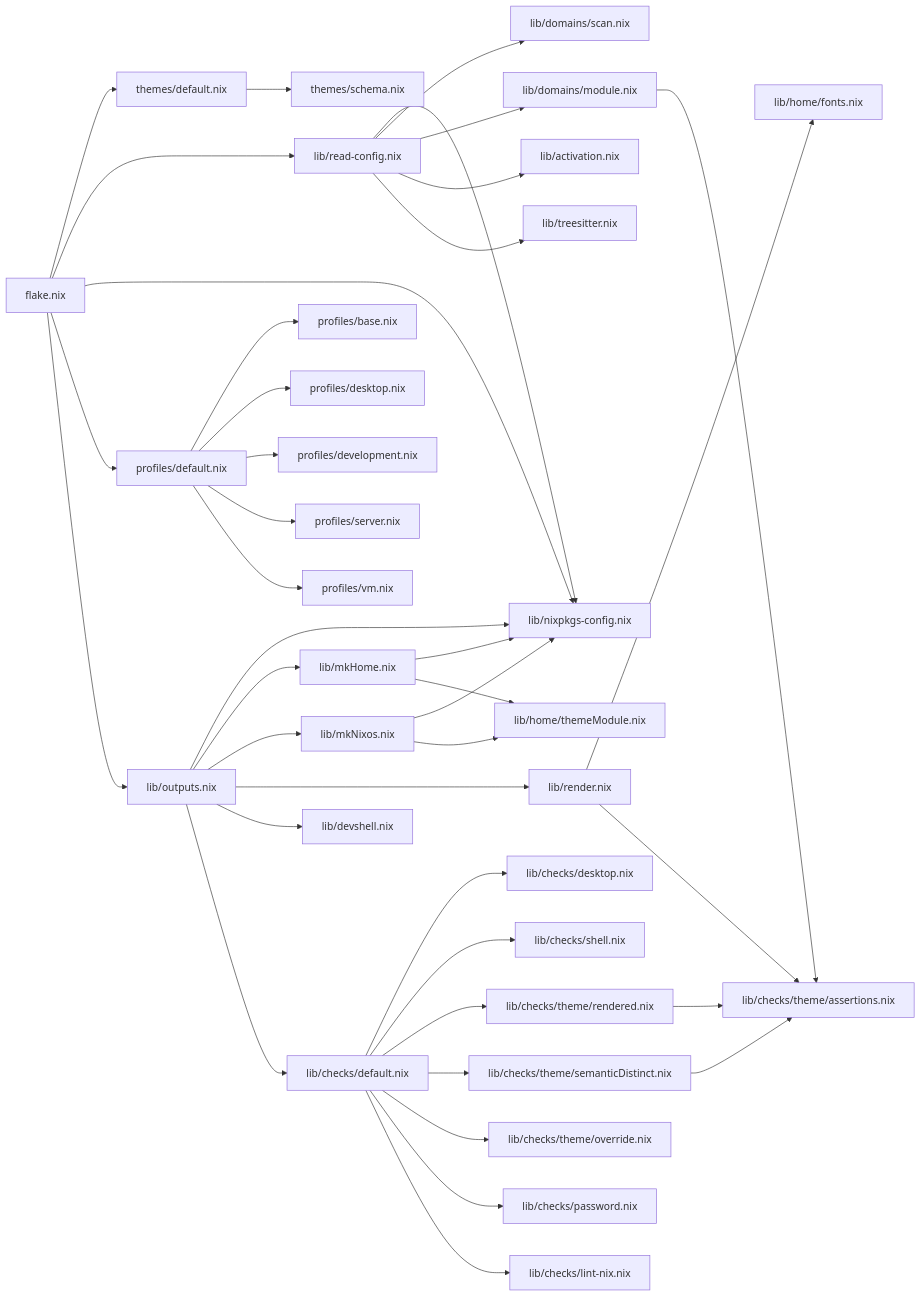
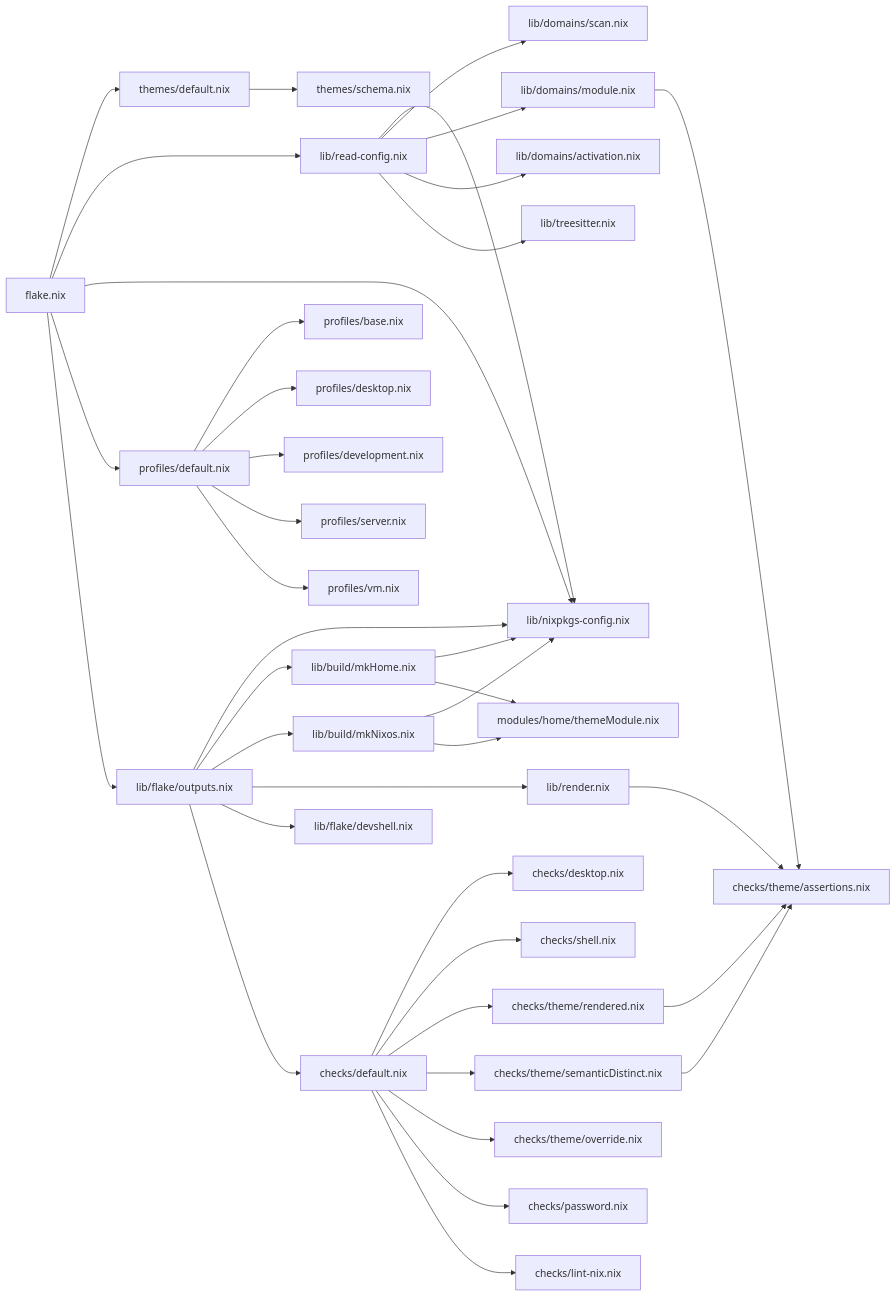
Before and after one commit to joaosimsic/angst: the diagram in analysis.md, drawn with Mermaid. The commit also changed other lines of this file and 11 other files, not shown here.

````diff
--- a/analysis.md
+++ b/analysis.md
@@ -244,41 +248,40 @@
 ```mermaid
 flowchart LR
     n0["flake.nix"] --> n1["themes/default.nix"]
     n1["themes/default.nix"] --> n2["themes/schema.nix"]
     n0["flake.nix"] --> n3["lib/read-config.nix"]
     n3["lib/read-config.nix"] --> n4["lib/nixpkgs-config.nix"]
     n3["lib/read-config.nix"] --> n5["lib/domains/scan.nix"]
     n3["lib/read-config.nix"] --> n6["lib/domains/module.nix"]
-    n6["lib/domains/module.nix"] --> n7["lib/checks/theme/assertions.nix"]
-    n3["lib/read-config.nix"] --> n8["lib/activation.nix"]
+    n6["lib/domains/module.nix"] --> n7["checks/theme/assertions.nix"]
+    n3["lib/read-config.nix"] --> n8["lib/domains/activation.nix"]
     n3["lib/read-config.nix"] --> n9["lib/treesitter.nix"]
     n0["flake.nix"] --> n4["lib/nixpkgs-config.nix"]
     n0["flake.nix"] --> n10["profiles/default.nix"]
     n10["profiles/default.nix"] --> n11["profiles/base.nix"]
     n10["profiles/default.nix"] --> n12["profiles/desktop.nix"]
     n10["profiles/default.nix"] --> n13["profiles/development.nix"]
     n10["profiles/default.nix"] --> n14["profiles/server.nix"]
     n10["profiles/default.nix"] --> n15["profiles/vm.nix"]
-    n0["flake.nix"] --> n16["lib/outputs.nix"]
-    n16["lib/outputs.nix"] --> n4["lib/nixpkgs-config.nix"]
-    n16["lib/outputs.nix"] --> n17["lib/mkHome.nix"]
-    n17["lib/mkHome.nix"] --> n4["lib/nixpkgs-config.nix"]
-    n17["lib/mkHome.nix"] --> n18["lib/home/themeModule.nix"]
-    n16["lib/outputs.nix"] --> n19["lib/mkNixos.nix"]
-    n19["lib/mkNixos.nix"] --> n4["lib/nixpkgs-config.nix"]
-    n19["lib/mkNixos.nix"] --> n18["lib/home/themeModule.nix"]
-    n16["lib/outputs.nix"] --> n20["lib/render.nix"]
-    n20["lib/render.nix"] --> n21["lib/home/fonts.nix"]
-    n20["lib/render.nix"] --> n7["lib/checks/theme/assertions.nix"]
-    n16["lib/outputs.nix"] --> n22["lib/devshell.nix"]
-    n16["lib/outputs.nix"] --> n23["lib/checks/default.nix"]
-    n23["lib/checks/default.nix"] --> n24["lib/checks/desktop.nix"]
-    n23["lib/checks/default.nix"] --> n25["lib/checks/shell.nix"]
-    n23["lib/checks/default.nix"] --> n26["lib/checks/theme/rendered.nix"]
-    n26["lib/checks/theme/rendered.nix"] --> n7["lib/checks/theme/assertions.nix"]
-    n23["lib/checks/default.nix"] --> n27["lib/checks/theme/semanticDistinct.nix"]
-    n27["lib/checks/theme/semanticDistinct.nix"] --> n7["lib/checks/theme/assertions.nix"]
-    n23["lib/checks/default.nix"] --> n28["lib/checks/theme/override.nix"]
-    n23["lib/checks/default.nix"] --> n29["lib/checks/password.nix"]
-    n23["lib/checks/default.nix"] --> n30["lib/checks/lint-nix.nix"]
+    n0["flake.nix"] --> n16["lib/flake/outputs.nix"]
+    n16["lib/flake/outputs.nix"] --> n4["lib/nixpkgs-config.nix"]
+    n16["lib/flake/outputs.nix"] --> n17["lib/build/mkHome.nix"]
+    n17["lib/build/mkHome.nix"] --> n4["lib/nixpkgs-config.nix"]
+    n17["lib/build/mkHome.nix"] --> n18["modules/home/themeModule.nix"]
+    n16["lib/flake/outputs.nix"] --> n19["lib/build/mkNixos.nix"]
+    n19["lib/build/mkNixos.nix"] --> n4["lib/nixpkgs-config.nix"]
+    n19["lib/build/mkNixos.nix"] --> n18["modules/home/themeModule.nix"]
+    n16["lib/flake/outputs.nix"] --> n20["lib/render.nix"]
+    n20["lib/render.nix"] --> n7["checks/theme/assertions.nix"]
+    n16["lib/flake/outputs.nix"] --> n21["lib/flake/devshell.nix"]
+    n16["lib/flake/outputs.nix"] --> n22["checks/default.nix"]
+    n22["checks/default.nix"] --> n23["checks/desktop.nix"]
+    n22["checks/default.nix"] --> n24["checks/shell.nix"]
+    n22["checks/default.nix"] --> n25["checks/theme/rendered.nix"]
+    n25["checks/theme/rendered.nix"] --> n7["checks/theme/assertions.nix"]
+    n22["checks/default.nix"] --> n26["checks/theme/semanticDistinct.nix"]
+    n26["checks/theme/semanticDistinct.nix"] --> n7["checks/theme/assertions.nix"]
+    n22["checks/default.nix"] --> n27["checks/theme/override.nix"]
+    n22["checks/default.nix"] --> n28["checks/password.nix"]
+    n22["checks/default.nix"] --> n29["checks/lint-nix.nix"]
 ```
````
